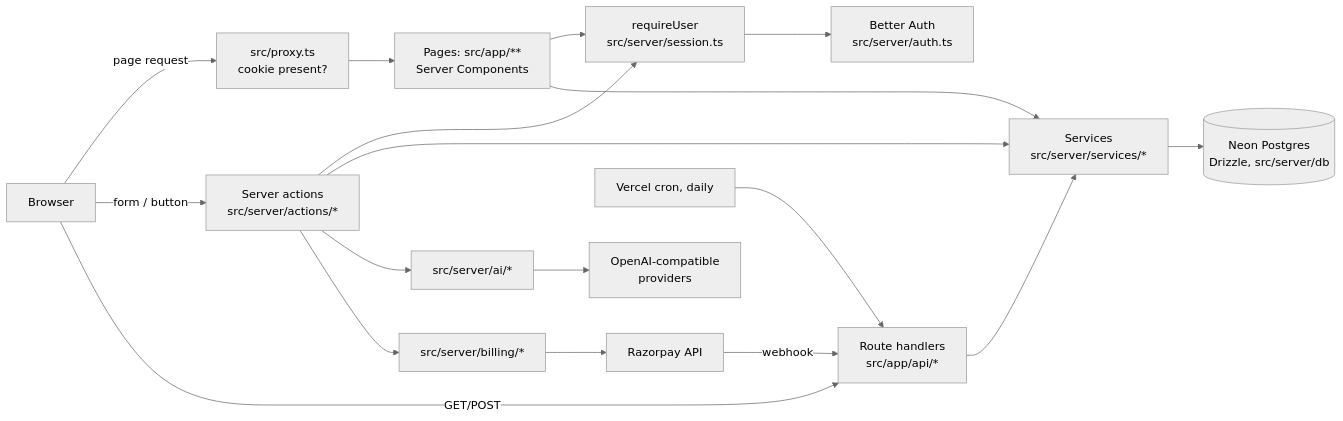
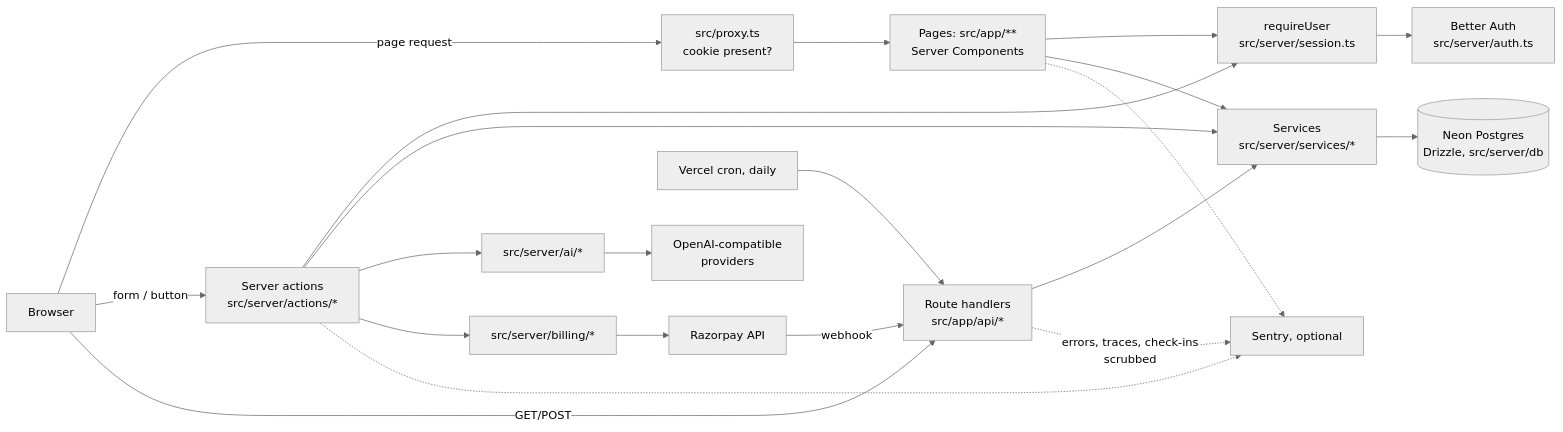
The first of 2 diagrams in docs/project-memory/architecture.md (mThanuj/budget-tracker), drawn with Mermaid (neutral theme) before and after one commit. The commit also changed other lines of this file and 54 other files, not shown here.

````diff
--- a/docs/project-memory/architecture.md
+++ b/docs/project-memory/architecture.md
@@ -18,18 +18,21 @@
 ```mermaid
 flowchart LR
   B[Browser] -->|page request| P[src/proxy.ts<br/>cookie present?]
   P --> R[Pages: src/app/**<br/>Server Components]
   B -->|form / button| A[Server actions<br/>src/server/actions/*]
   B -->|GET/POST| H[Route handlers<br/>src/app/api/*]
   R --> S[requireUser<br/>src/server/session.ts]
   A --> S
   S --> BA[Better Auth<br/>src/server/auth.ts]
   R --> SV[Services<br/>src/server/services/*]
   A --> SV
   H --> SV
   SV --> DB[(Neon Postgres<br/>Drizzle, src/server/db)]
   A --> AI[src/server/ai/*] --> LLM[OpenAI-compatible<br/>providers]
   A --> BL[src/server/billing/*] --> RZ[Razorpay API]
   RZ -->|webhook| H
   CR[Vercel cron, daily] --> H
+  H -.->|errors, traces, check-ins<br/>scrubbed| SE[Sentry, optional]
+  A -.-> SE
+  R -.-> SE
 ```
````
